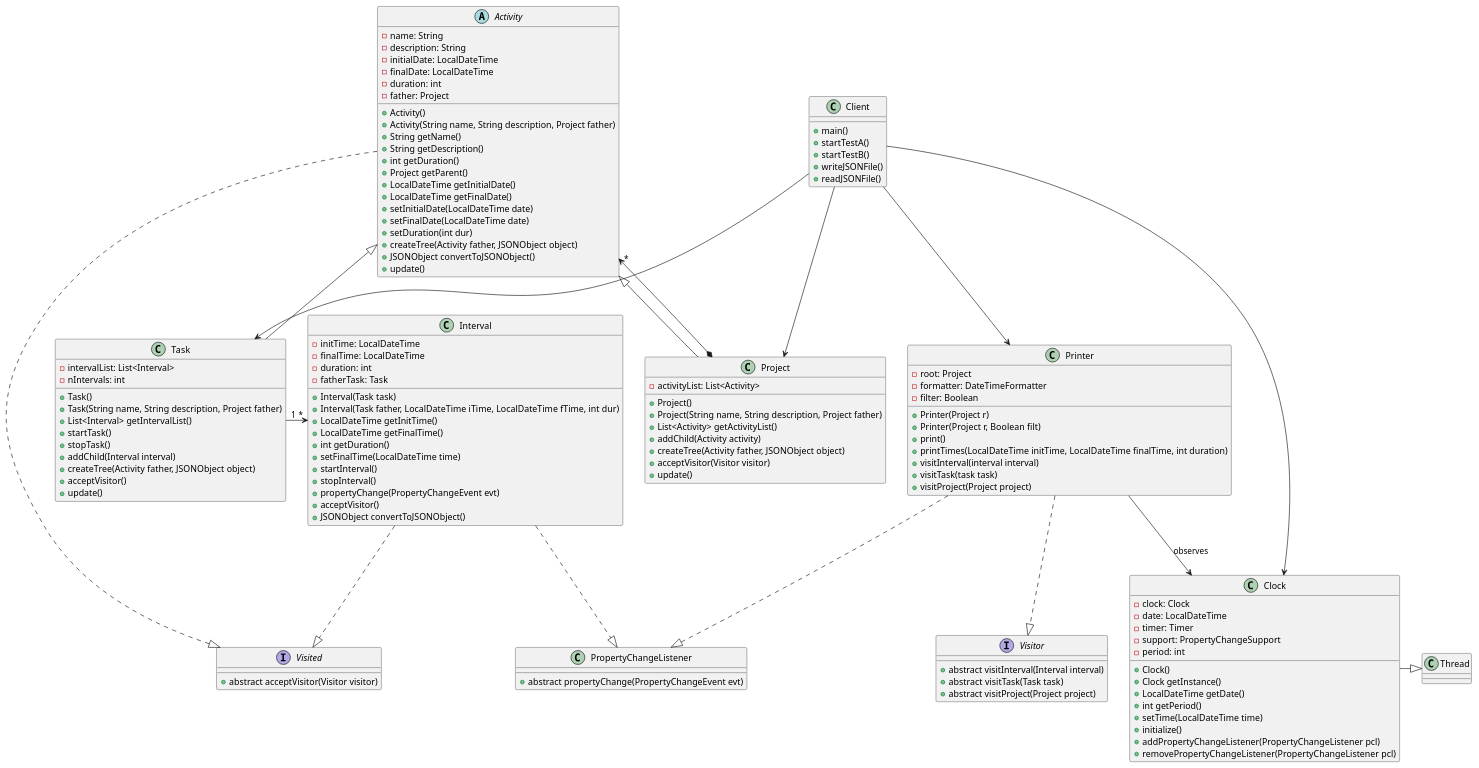
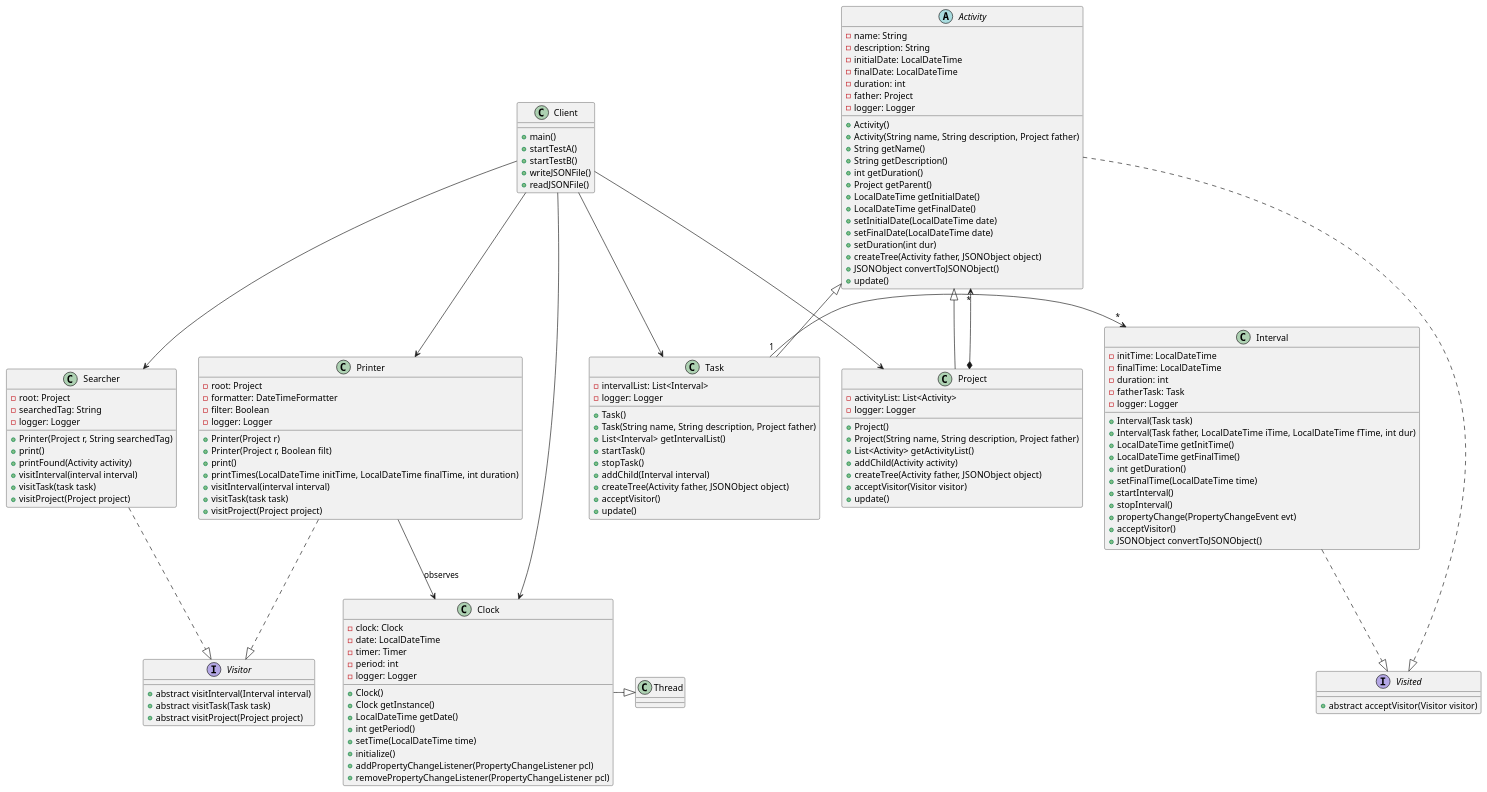
One commit to TimeTrackerUAB/timetracker changed the diagram in out/production/timetracker/classDiagram.puml. Above: the diagram before and after it, drawn with PlantUML. The commit also changed 16 other files, not shown here.

```diff
--- a/out/production/timetracker/classDiagram.puml
+++ b/out/production/timetracker/classDiagram.puml
@@ -1,143 +1,154 @@
 @startuml
 
 
 abstract class Activity{
 - name: String
 - description: String
 - initialDate: LocalDateTime
 - finalDate: LocalDateTime
 - duration: int
 - father: Project
+- logger: Logger
 + Activity()
 + Activity(String name, String description, Project father)
 + String getName()
 + String getDescription()
 + int getDuration()
 + Project getParent()
 + LocalDateTime getInitialDate()
 + LocalDateTime getFinalDate()
 + setInitialDate(LocalDateTime date)
 + setFinalDate(LocalDateTime date)
 + setDuration(int dur)
 + createTree(Activity father, JSONObject object)
 + JSONObject convertToJSONObject()
 + update()
 
 }
 
 class Task{
 - intervalList: List<Interval>
-- nIntervals: int
+- logger: Logger
 + Task()
 + Task(String name, String description, Project father)
 + List<Interval> getIntervalList()
 + startTask()
 + stopTask()
 + addChild(Interval interval)
 + createTree(Activity father, JSONObject object)
 + acceptVisitor()
 + update()
 }
 
 class Project{
 - activityList: List<Activity>
+- logger: Logger
 + Project()
 + Project(String name, String description, Project father)
 + List<Activity> getActivityList()
 + addChild(Activity activity)
 + createTree(Activity father, JSONObject object)
 + acceptVisitor(Visitor visitor)
 + update()
 
 }
 
 class Clock{
 - clock: Clock
 - date: LocalDateTime
 - timer: Timer
-- support: PropertyChangeSupport
 - period: int
+- logger: Logger
 + Clock()
 + Clock getInstance()
 + LocalDateTime getDate()
 + int getPeriod()
 + setTime(LocalDateTime time)
 + initialize()
 + addPropertyChangeListener(PropertyChangeListener pcl)
 + removePropertyChangeListener(PropertyChangeListener pcl)
 }
 
 class Thread{}
 
 class Interval{
 - initTime: LocalDateTime
 - finalTime: LocalDateTime
 - duration: int
 - fatherTask: Task
+- logger: Logger
 + Interval(Task task)
 + Interval(Task father, LocalDateTime iTime, LocalDateTime fTime, int dur)
 + LocalDateTime getInitTime()
 + LocalDateTime getFinalTime()
 + int getDuration()
 + setFinalTime(LocalDateTime time)
 + startInterval()
 + stopInterval()
 + propertyChange(PropertyChangeEvent evt)
 + acceptVisitor()
 + JSONObject convertToJSONObject()
 }
 
 class Client{
 + main()
 + startTestA()
 + startTestB()
 + writeJSONFile()
 + readJSONFile()
 }
 
 class Printer{
 - root: Project
 - formatter: DateTimeFormatter
 - filter: Boolean
+- logger: Logger
 + Printer(Project r)
 + Printer(Project r, Boolean filt)
 + print()
 + printTimes(LocalDateTime initTime, LocalDateTime finalTime, int duration)
 + visitInterval(interval interval)
 + visitTask(task task)
 + visitProject(Project project)
 }
 
 interface Visited{
 + abstract acceptVisitor(Visitor visitor)
 }
 
 interface Visitor{
 + abstract visitInterval(Interval interval)
 + abstract visitTask(Task task)
 + abstract visitProject(Project project)
-
 }
 
-class PropertyChangeListener{
-+ abstract propertyChange(PropertyChangeEvent evt)
+class Searcher{
+- root: Project
+- searchedTag: String
+- logger: Logger
++ Printer(Project r, String searchedTag)
++ print()
++ printFound(Activity activity)
++ visitInterval(interval interval)
++ visitTask(task task)
++ visitProject(Project project)
 }
 
 
 Project -up-|> Activity
 Task -up-|> Activity
 Project  *--> "*" Activity
 Client --> Project
 Client --> Task
 Client --> Clock
 Client --> Printer
+Client --> Searcher
 Task "1" -right->"*" Interval
 Printer --> Clock : observes
 Clock -right-|> Thread
 Printer ..|> Visitor
+Searcher ..|> Visitor
 Activity ..|> Visited
 Interval ..|> Visited
-Printer ..|> PropertyChangeListener
-Interval ..|> PropertyChangeListener
 
 @enduml
```
